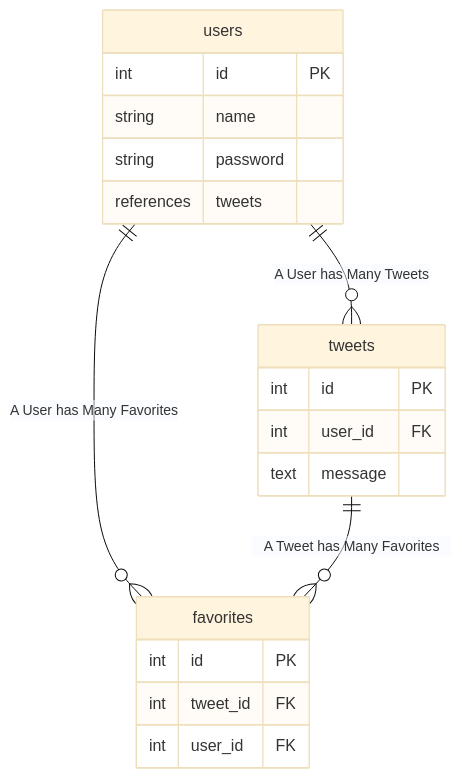
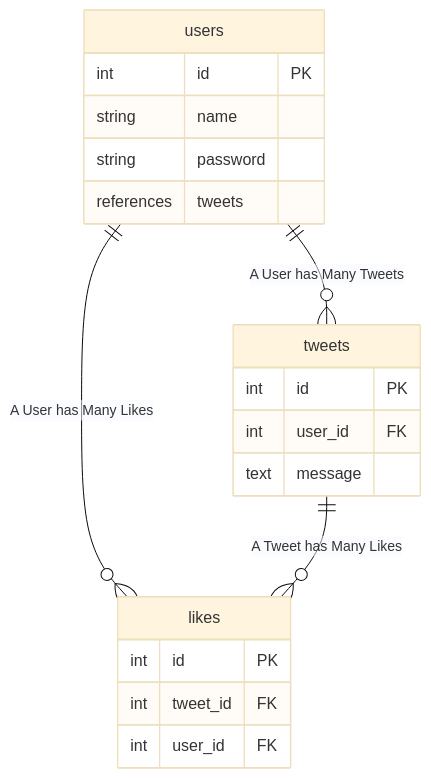
The diagram in README.md (Lootmann/fastapi-sqlalchemy-tweet), drawn with Mermaid (base theme) before and after one commit. The commit also changed other lines of this file and 5 other files, not shown here.

Commit message:
likes: fix all favorites :^)

````diff
--- a/README.md
+++ b/README.md
@@ -19,25 +19,25 @@
 ```mermaid
 erDiagram
   users {
     int        id       PK
     string     name
     string     password
     references tweets
   }
 
   tweets {
     int  id      PK
     int  user_id FK
     text message
   }
 
-  favorites {
+  likes {
     int id       PK
     int tweet_id FK
     int user_id  FK
   }
 
-  users  ||--o{ tweets    : "A User has Many Tweets"
-  users  ||--o{ favorites : "A User has Many Favorites"
-  tweets ||--o{ favorites : "A Tweet has Many Favorites"
+  users  ||--o{ tweets : "A User has Many Tweets"
+  users  ||--o{ likes  : "A User has Many Likes"
+  tweets ||--o{ likes  : "A Tweet has Many Likes"
 ```
````
